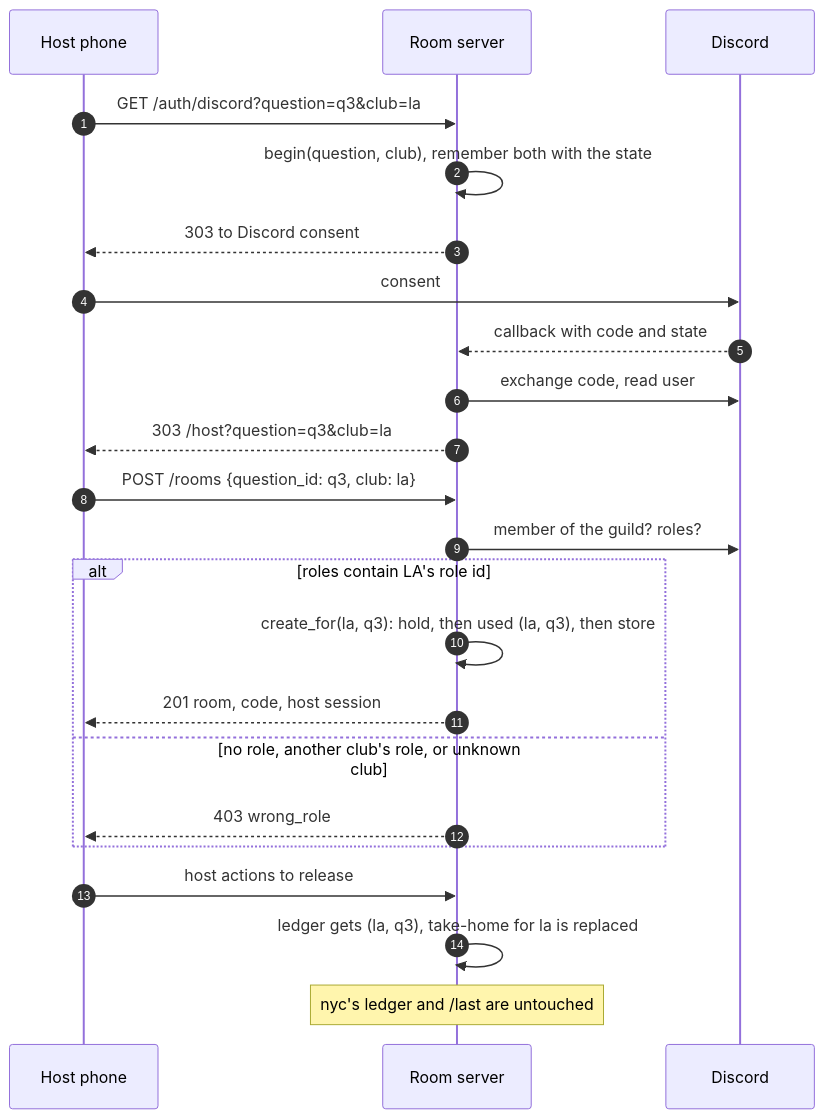
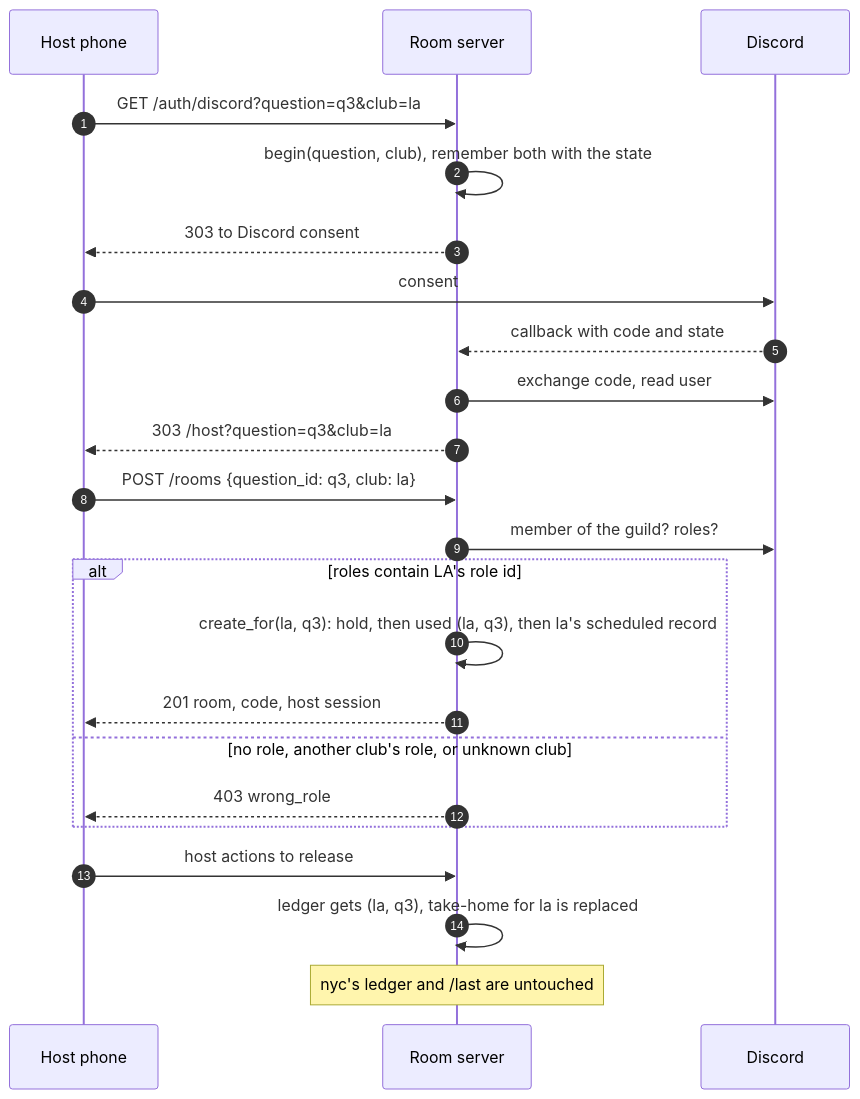
Before and after one commit to mrojas54/rust-nyc-pop-quiz: the second of 2 diagrams in docs/adr/0001-several-clubs-on-one-room-server.md, drawn with Mermaid. The commit also changed other lines of this file and 11 other files, not shown here.

````diff
--- a/docs/adr/0001-several-clubs-on-one-room-server.md
+++ b/docs/adr/0001-several-clubs-on-one-room-server.md
@@ -79,25 +86,25 @@
 ```mermaid
 sequenceDiagram
   autonumber
   participant H as Host phone
   participant R as Room server
   participant D as Discord
   H->>R: GET /auth/discord?question=q3&club=la
   R->>R: begin(question, club), remember both with the state
   R-->>H: 303 to Discord consent
   H->>D: consent
   D-->>R: callback with code and state
   R->>D: exchange code, read user
   R-->>H: 303 /host?question=q3&club=la#session
   H->>R: POST /rooms {question_id: q3, club: la}
   R->>D: member of the guild? roles?
   alt roles contain LA's role id
-    R->>R: create_for(la, q3): hold, then used (la, q3), then store
+    R->>R: create_for(la, q3): hold, then used (la, q3), then la's scheduled record
     R-->>H: 201 room, code, host session
   else no role, another club's role, or unknown club
     R-->>H: 403 wrong_role
   end
   H->>R: host actions to release
   R->>R: ledger gets (la, q3), take-home for la is replaced
   Note over R: nyc's ledger and /last are untouched
 ```
````
